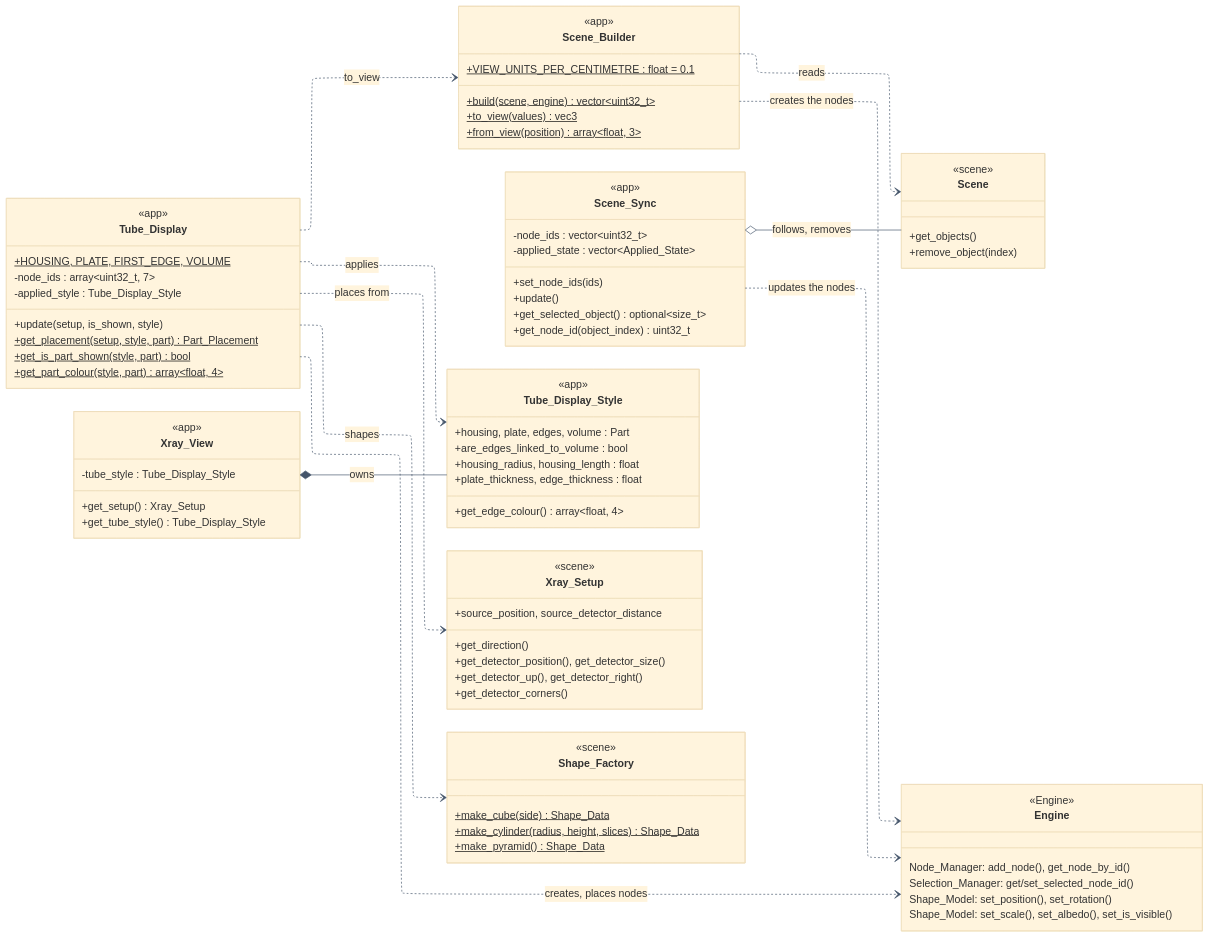
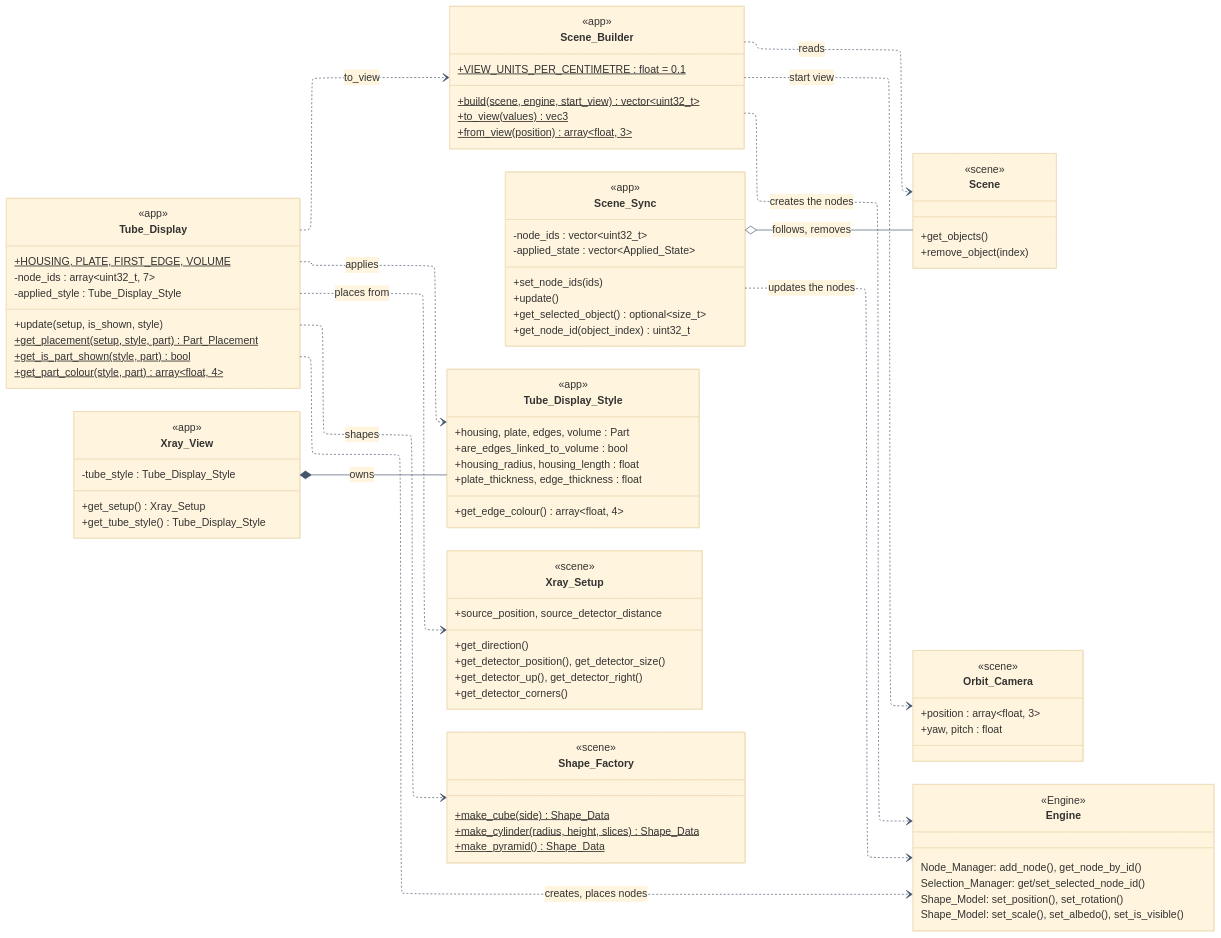
One commit to emartg/xray-sim changed the diagram in docs/diagrams/uml/scene_views.mmd. Above: the diagram before and after it, drawn with Mermaid. The commit also changed 19 other files, not shown here.

First line of the commit message:
Show the Whole X-ray Setup in the README and Update the Documents and Diagrams

```diff
--- a/docs/diagrams/uml/scene_views.mmd
+++ b/docs/diagrams/uml/scene_views.mmd
@@ -1,94 +1,100 @@
 ---
 config:
   layout: elk
   fontFamily: "Segoe UI, Arial, sans-serif"
   theme: base
   themeVariables:
     fontSize: 16px
     lineColor: "#44546a"
     edgeLabelBackground: "#ffffff"
   class:
     useMaxWidth: false
 ---
 %% Module: app (src/app). Details the block "Scene views" of architecture_overview and of app_module: the classes that keep the Engine's
 %% nodes in step with the scene (in decimetres: one unit of the Engine is 10 cm) and draw the tube, the detector, and the beam in the 3D view.
 %% The Engine's classes and those of the other modules are reference blocks with only the members that these classes use.
 classDiagram
     direction LR
     class Scene_Builder {
         <<app>>
         +VIEW_UNITS_PER_CENTIMETRE : float = 0.1$
-        +build(scene, engine)$ vector~uint32_t~
+        +build(scene, engine, start_view)$ vector~uint32_t~
         +to_view(values)$ vec3
         +from_view(position)$ array~float, 3~
     }
     class Scene_Sync {
         <<app>>
         -node_ids : vector~uint32_t~
         -applied_state : vector~Applied_State~
         +set_node_ids(ids)
         +update()
         +get_selected_object() optional~size_t~
         +get_node_id(object_index) uint32_t
     }
     class Tube_Display {
         <<app>>
         +HOUSING, PLATE, FIRST_EDGE, VOLUME$
         -node_ids : array~uint32_t, 7~
         -applied_style : Tube_Display_Style
         +update(setup, is_shown, style)
         +get_placement(setup, style, part)$ Part_Placement
         +get_is_part_shown(style, part)$ bool
         +get_part_colour(style, part)$ array~float, 4~
     }
     class Tube_Display_Style {
         <<app>>
         +housing, plate, edges, volume : Part
         +are_edges_linked_to_volume : bool
         +housing_radius, housing_length : float
         +plate_thickness, edge_thickness : float
         +get_edge_colour() array~float, 4~
     }
     class Xray_View {
         <<app>>
         -tube_style : Tube_Display_Style
         +get_setup() Xray_Setup
         +get_tube_style() Tube_Display_Style
     }
     class Scene {
         <<scene>>
         +get_objects()
         +remove_object(index)
     }
     class Xray_Setup {
         <<scene>>
         +source_position, source_detector_distance
         +get_direction()
         +get_detector_position(), get_detector_size()
         +get_detector_up(), get_detector_right()
         +get_detector_corners()
     }
     class Shape_Factory {
         <<scene>>
         +make_cube(side)$ Shape_Data
         +make_cylinder(radius, height, slices)$ Shape_Data
         +make_pyramid()$ Shape_Data
     }
+    class Orbit_Camera {
+        <<scene>>
+        +position : array~float, 3~
+        +yaw, pitch : float
+    }
     class Engine {
         <<Engine>>
         Node_Manager: add_node(), get_node_by_id()
         Selection_Manager: get/set_selected_node_id()
         Shape_Model: set_position(), set_rotation()
         Shape_Model: set_scale(), set_albedo(), set_is_visible()
     }
 
     Scene_Builder ..> Scene : reads
+    Scene_Builder ..> Orbit_Camera : start view
     Scene_Builder ..> Engine : creates the nodes
     Scene_Sync o-- Scene : follows, removes
     Scene_Sync ..> Engine : updates the nodes
     Tube_Display ..> Xray_Setup : places from
     Tube_Display ..> Tube_Display_Style : applies
     Tube_Display ..> Shape_Factory : shapes
     Tube_Display ..> Engine : creates, places nodes
     Tube_Display ..> Scene_Builder : to_view
     Xray_View *-- Tube_Display_Style : owns
```
